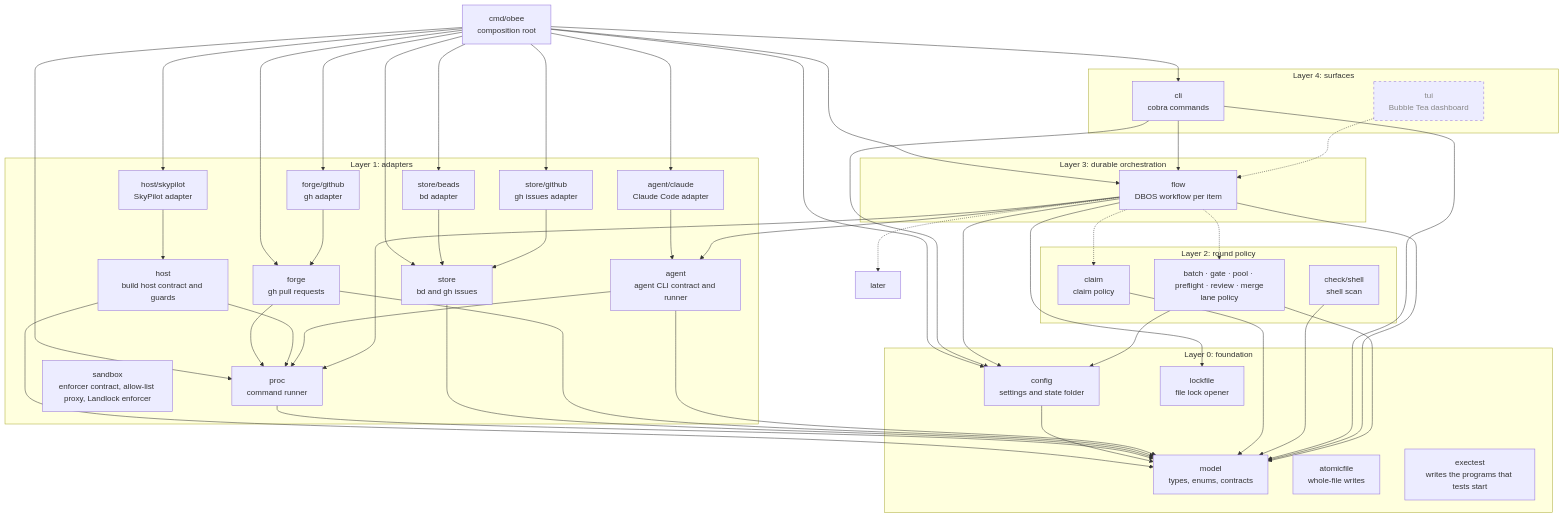
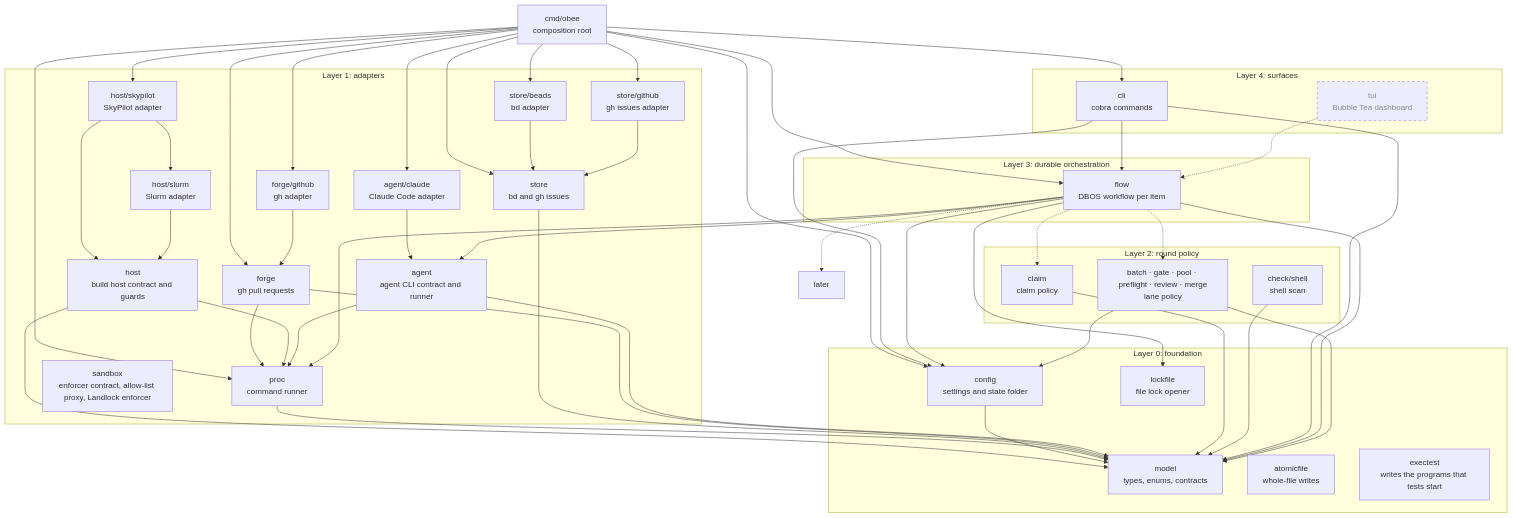
The first of 3 diagrams in docs/architecture.md (tobocop2/beehave), drawn with Mermaid before and after one commit. The commit also changed other lines of this file and 17 other files, not shown here.

First line of the commit message:
Move the Slurm job code into its own host adapter

```diff
--- a/docs/architecture.md
+++ b/docs/architecture.md
@@ -141,6 +141,7 @@
         proc["proc<br/>command runner"]
         host["host<br/>build host contract and guards"]
         skypilot["host/skypilot<br/>SkyPilot adapter"]
+        slurm["host/slurm<br/>Slurm adapter"]
         sandbox["sandbox<br/>enforcer contract, allow-list proxy, Landlock enforcer"]
     end
 
@@ -163,6 +164,8 @@
     host --> model
     main --> skypilot
     skypilot --> host
+    skypilot --> slurm
+    slurm --> host
     agent --> proc
     claude --> agent
     main --> claude
```
